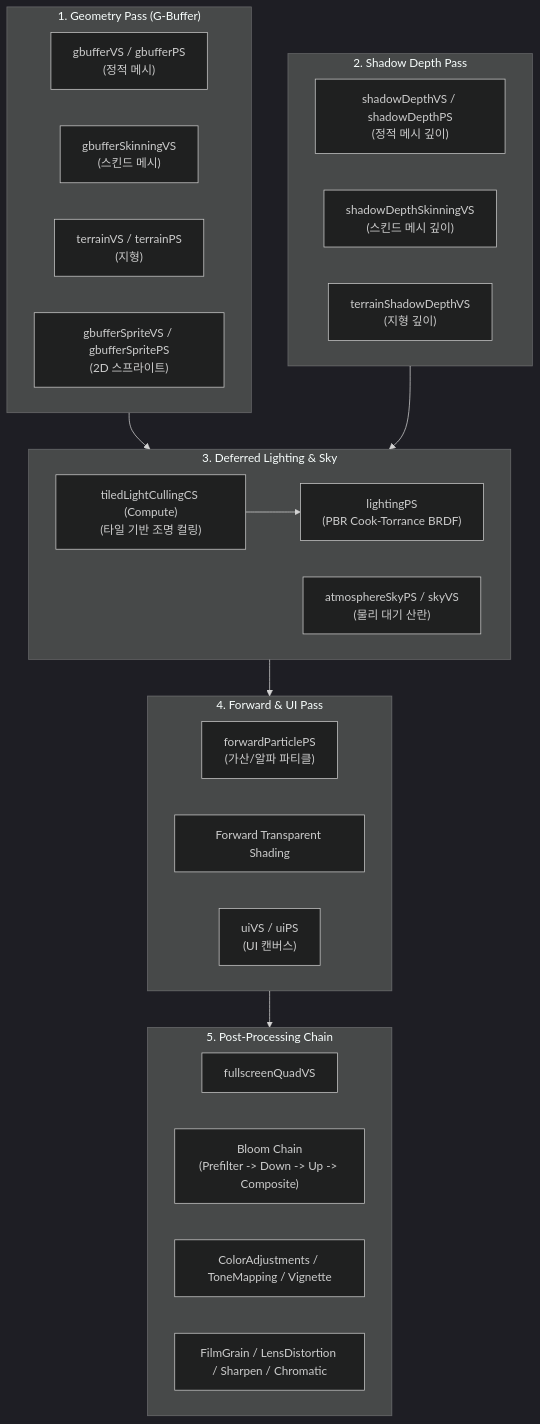
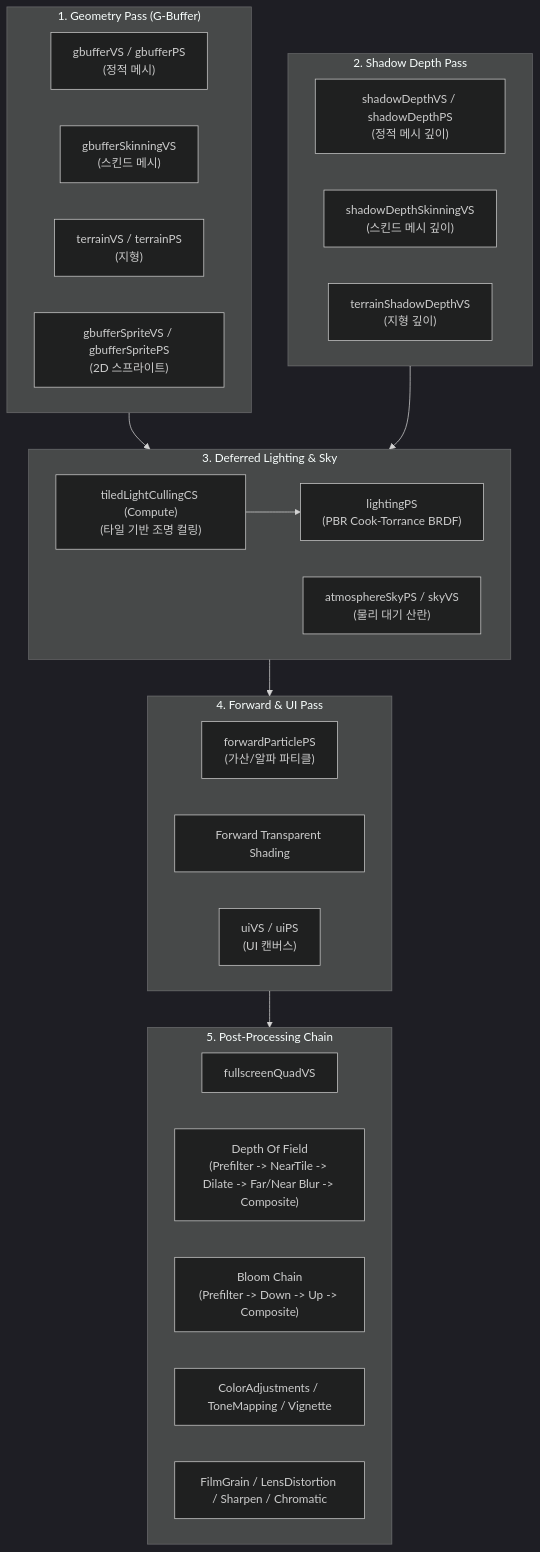
The diagram in Docs/BuiltInResourcesAndShaders.md (Bamtoliya/BamEngine), drawn with Mermaid (dark theme) before and after one commit. The commit also changed other lines of this file and 28 other files, not shown here.

First line of the commit message:
feat(render): add depth of field post-process

````diff
--- a/Docs/BuiltInResourcesAndShaders.md
+++ b/Docs/BuiltInResourcesAndShaders.md
@@ -45,40 +45,41 @@
 ```mermaid
 flowchart TD
     subgraph GeometryPass["1. Geometry Pass (G-Buffer)"]
         gbufferVS["gbufferVS / gbufferPS\n(정적 메시)"]
         gbufferSkinning["gbufferSkinningVS\n(스킨드 메시)"]
         terrainPass["terrainVS / terrainPS\n(지형)"]
         gbufferSprite["gbufferSpriteVS / gbufferSpritePS\n(2D 스프라이트)"]
     end
 
     subgraph ShadowPass["2. Shadow Depth Pass"]
         shadowDepth["shadowDepthVS / shadowDepthPS\n(정적 메시 깊이)"]
         shadowSkinning["shadowDepthSkinningVS\n(스킨드 메시 깊이)"]
         shadowTerrain["terrainShadowDepthVS\n(지형 깊이)"]
     end
 
     subgraph LightingPass["3. Deferred Lighting & Sky"]
         cullingCS["tiledLightCullingCS (Compute)\n(타일 기반 조명 컬링)"]
         deferredLighting["lightingPS\n(PBR Cook-Torrance BRDF)"]
         atmosphereSky["atmosphereSkyPS / skyVS\n(물리 대기 산란)"]
     end
 
     subgraph ForwardPass["4. Forward & UI Pass"]
         particles["forwardParticlePS\n(가산/알파 파티클)"]
         transparent["Forward Transparent Shading"]
         uiPass["uiVS / uiPS\n(UI 캔버스)"]
     end
 
     subgraph PostProcessPass["5. Post-Processing Chain"]
         quadVS["fullscreenQuadVS"]
+        dofChain["Depth Of Field\n(Prefilter -> NearTile -> Dilate -> Far/Near Blur -> Composite)"]
         bloomChain["Bloom Chain\n(Prefilter -> Down -> Up -> Composite)"]
         colorGrading["ColorAdjustments / ToneMapping / Vignette"]
         lensEffects["FilmGrain / LensDistortion / Sharpen / Chromatic"]
     end
 
     GeometryPass --> LightingPass
     ShadowPass --> LightingPass
     cullingCS --> deferredLighting
     LightingPass --> ForwardPass
     ForwardPass --> PostProcessPass
 ```
````
